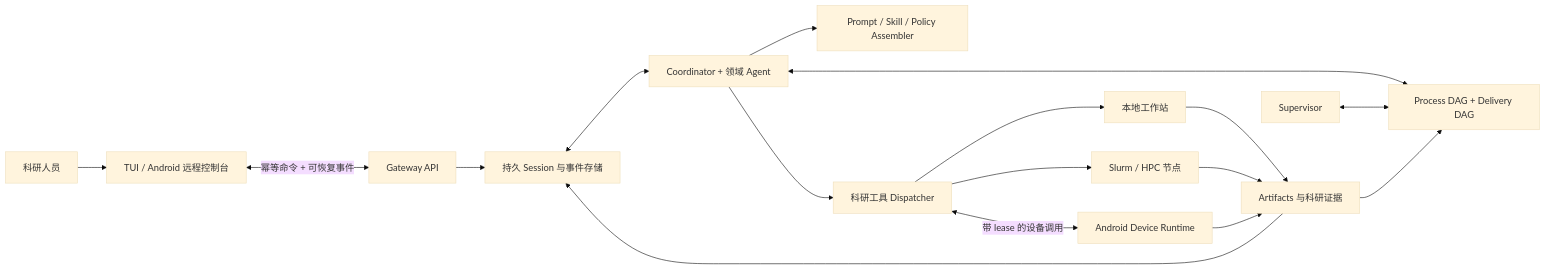
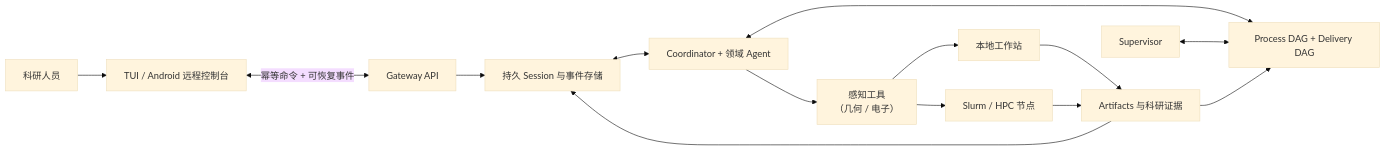
Before and after one commit to jiajia-jun/Cloudra-mechanism-agent: the diagram in README_CN.md, drawn with Mermaid (base theme). The commit also changed other lines of this file and 1 other file, not shown here.

````diff
--- a/README_CN.md
+++ b/README_CN.md
@@ -72,19 +98,16 @@
 ```mermaid
 flowchart LR
     U["科研人员"] --> C["TUI / Android 远程控制台"]
     C <-->|"幂等命令 + 可恢复事件"| G["Gateway API"]
     G --> S["持久 Session 与事件存储"]
     S <--> A["Coordinator + 领域 Agent"]
-    A --> P["Prompt / Skill / Policy Assembler"]
-    A --> T["科研工具 Dispatcher"]
+    A --> P["感知工具<br/>（几何 / 电子）"]
     A <--> D2["Process DAG + Delivery DAG"]
     SV["Supervisor"] <--> D2
-    T --> L["本地工作站"]
-    T --> H["Slurm / HPC 节点"]
-    T <-->|"带 lease 的设备调用"| D["Android Device Runtime"]
+    P --> L["本地工作站"]
+    P --> H["Slurm / HPC 节点"]
     L --> R["Artifacts 与科研证据"]
     H --> R
-    D --> R
     R --> D2
     R --> S
 ```
````
